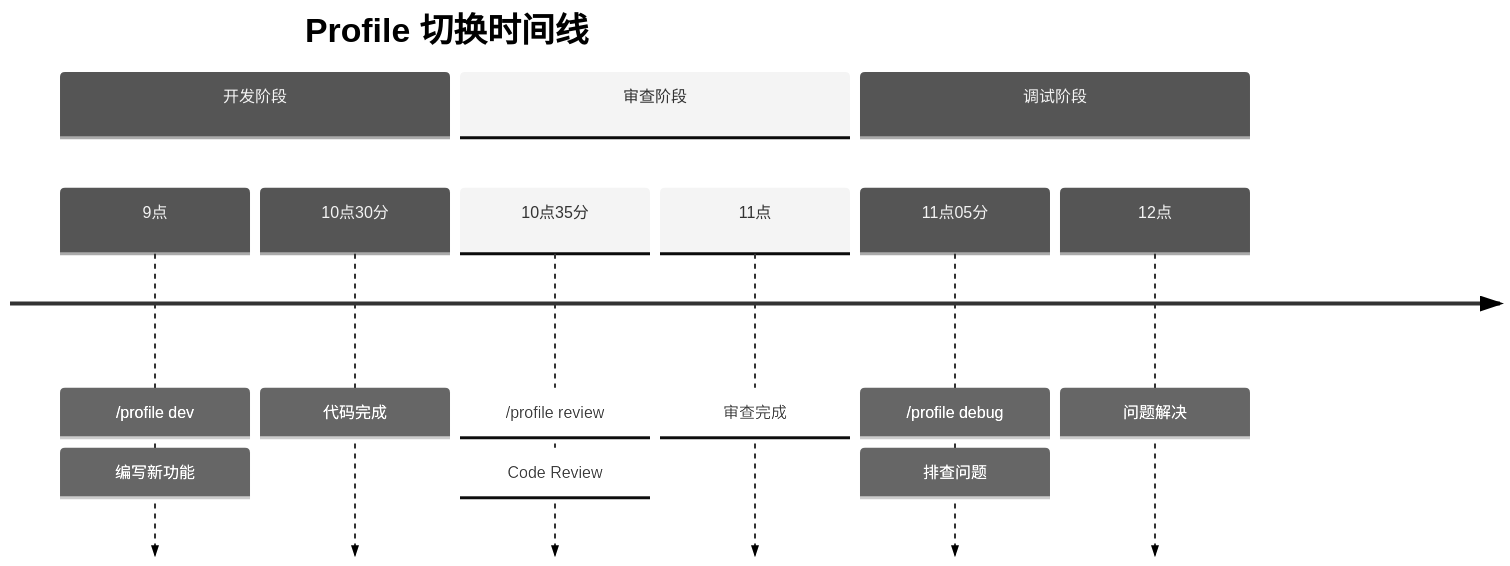
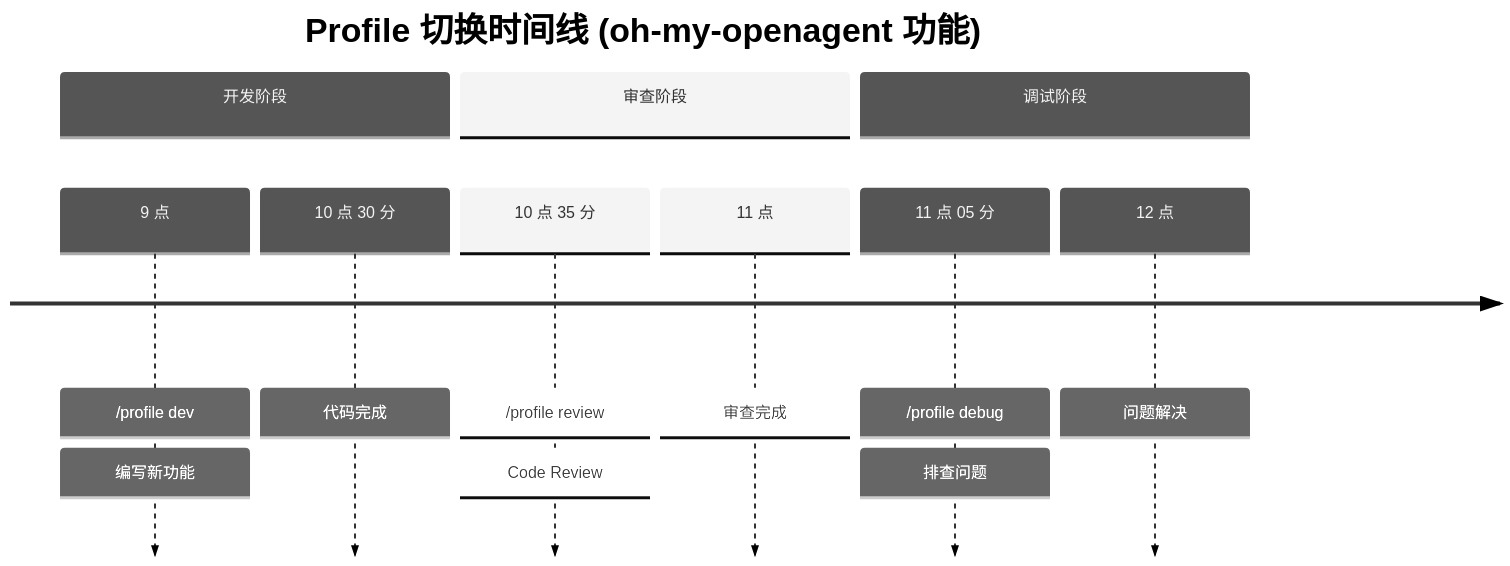
The first of 2 diagrams in src/02-core-concepts/workflow-patterns.md (tonydeng/harness-engineering-from-oc-to-ai-coding), drawn with Mermaid (neutral theme) before and after one commit. The commit also changed other lines of this file and 331 other files, not shown here.

````diff
--- a/src/02-core-concepts/workflow-patterns.md
+++ b/src/02-core-concepts/workflow-patterns.md
@@ -350,13 +358,13 @@
 ```mermaid
 timeline
-    title Profile 切换时间线
+    title Profile 切换时间线 (oh-my-openagent 功能)
     section 开发阶段
-        9点 : /profile dev : 编写新功能
-        10点30分 : 代码完成
+        9 点 : /profile dev : 编写新功能
+        10 点 30 分 : 代码完成
     section 审查阶段
-        10点35分 : /profile review : Code Review
-        11点 : 审查完成
+        10 点 35 分 : /profile review : Code Review
+        11 点 : 审查完成
     section 调试阶段
-        11点05分 : /profile debug : 排查问题
-        12点 : 问题解决
+        11 点 05 分 : /profile debug : 排查问题
+        12 点 : 问题解决
 ```
````
